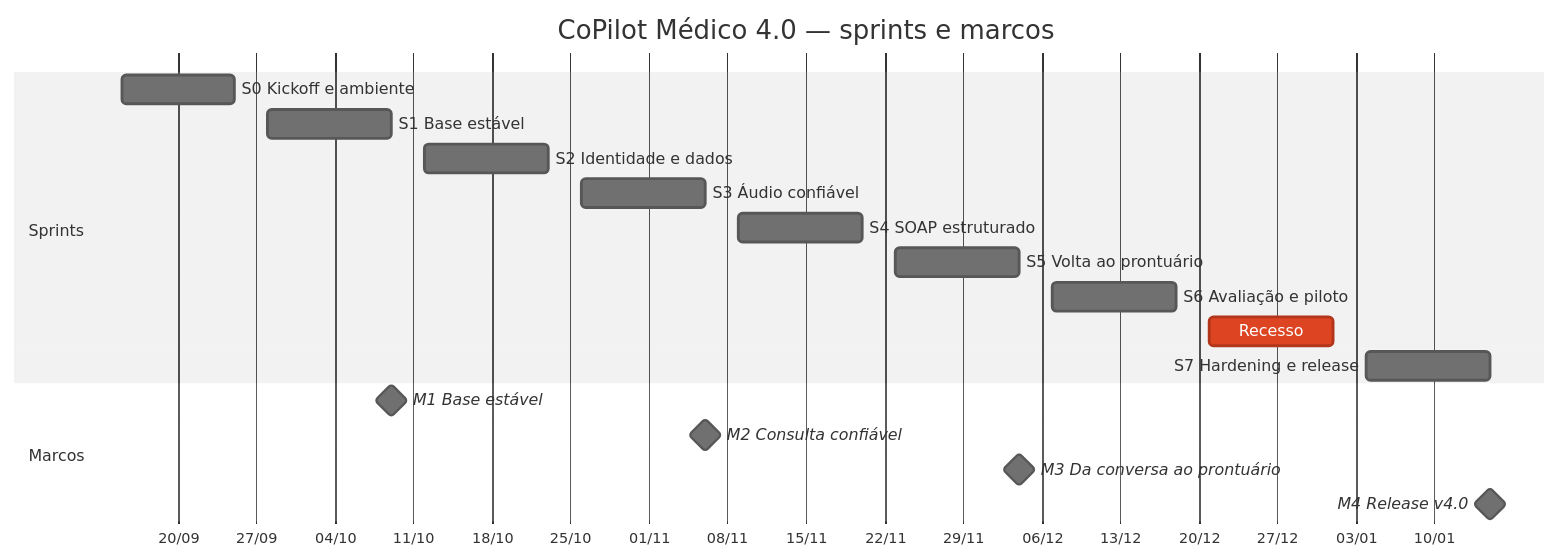
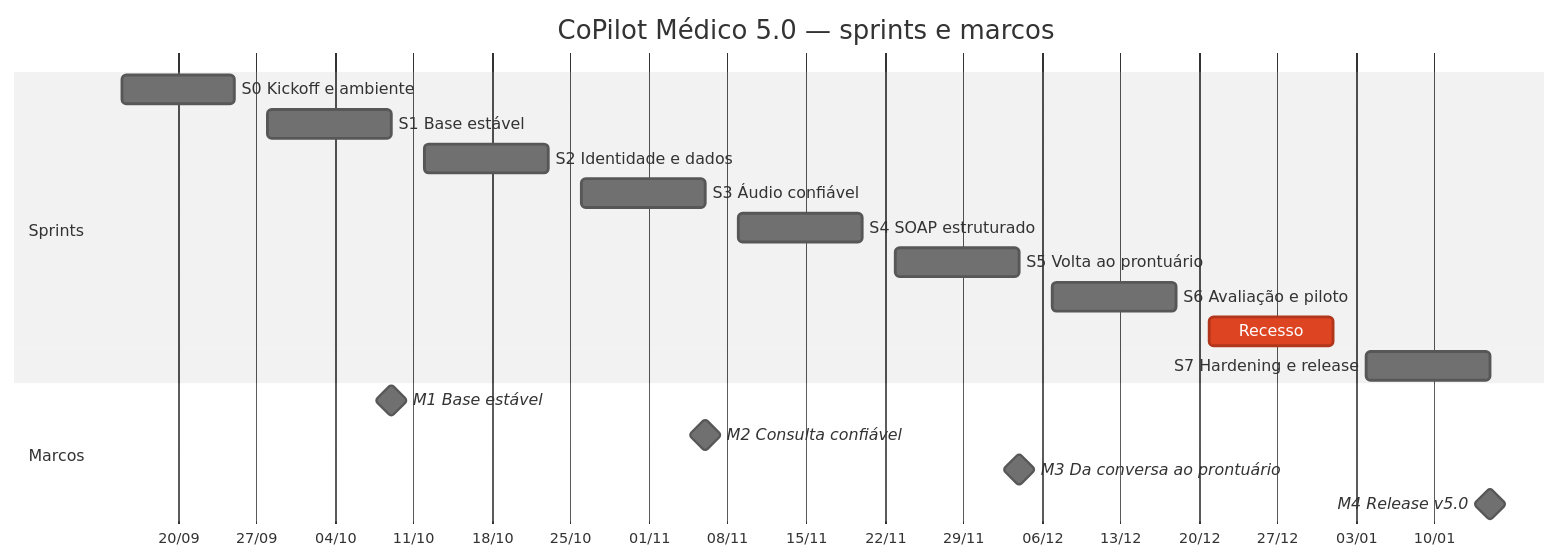
The diagram in docs/06-roadmap-4-meses.md (gghenrique/base-copilotmedico), drawn with Mermaid (neutral theme) before and after one commit. The commit also changed other lines of this file and 11 other files, not shown here.

````diff
--- a/docs/06-roadmap-4-meses.md
+++ b/docs/06-roadmap-4-meses.md
@@ -7,21 +7,21 @@
 ```mermaid
 gantt
-    title CoPilot Médico 4.0 — sprints e marcos
+    title CoPilot Médico 5.0 — sprints e marcos
     dateFormat  YYYY-MM-DD
     axisFormat  %d/%m
     section Sprints
     S0 Kickoff e ambiente           :s0, 2026-09-15, 2026-09-25
     S1 Base estável                 :s1, 2026-09-28, 2026-10-09
     S2 Identidade e dados           :s2, 2026-10-12, 2026-10-23
     S3 Áudio confiável              :s3, 2026-10-26, 2026-11-06
     S4 SOAP estruturado             :s4, 2026-11-09, 2026-11-20
     S5 Volta ao prontuário          :s5, 2026-11-23, 2026-12-04
     S6 Avaliação e piloto           :s6, 2026-12-07, 2026-12-18
     Recesso                         :crit, 2026-12-21, 2027-01-01
     S7 Hardening e release          :s7, 2027-01-04, 2027-01-15
     section Marcos
     M1 Base estável                 :milestone, m1, 2026-10-09, 0d
     M2 Consulta confiável           :milestone, m2, 2026-11-06, 0d
     M3 Da conversa ao prontuário    :milestone, m3, 2026-12-04, 0d
-    M4 Release v4.0                 :milestone, m4, 2027-01-15, 0d
+    M4 Release v5.0                 :milestone, m4, 2027-01-15, 0d
 ```
````
